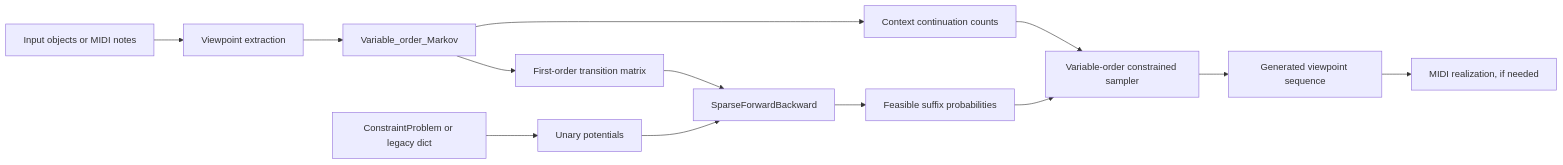
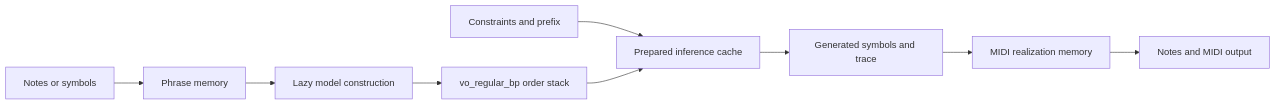
One commit to fpachet/continuator changed the diagram in docs/current_architecture.md. Above: the diagram before and after it, drawn with Mermaid. The commit also changed other lines of this file and 56 other files, not shown here.

````diff
--- a/docs/current_architecture.md
+++ b/docs/current_architecture.md
@@ -28,15 +9,11 @@
 ```mermaid
 flowchart LR
-    A["Input objects or MIDI notes"] --> B["Viewpoint extraction"]
-    B --> C["Variable_order_Markov"]
-    C --> D["Context continuation counts"]
-    C --> E["First-order transition matrix"]
-    F["ConstraintProblem or legacy dict"] --> G["Unary potentials"]
-    E --> H["SparseForwardBackward"]
-    G --> H
-    H --> I["Feasible suffix probabilities"]
-    D --> J["Variable-order constrained sampler"]
-    I --> J
-    J --> K["Generated viewpoint sequence"]
-    K --> L["MIDI realization, if needed"]
+    A[Notes or symbols] --> B[Phrase memory]
+    B --> C[Lazy model construction]
+    C --> D[vo_regular_bp order stack]
+    E[Constraints and prefix] --> F[Prepared inference cache]
+    D --> F
+    F --> G[Generated symbols and trace]
+    G --> H[MIDI realization memory]
+    H --> I[Notes and MIDI output]
 ```
````
